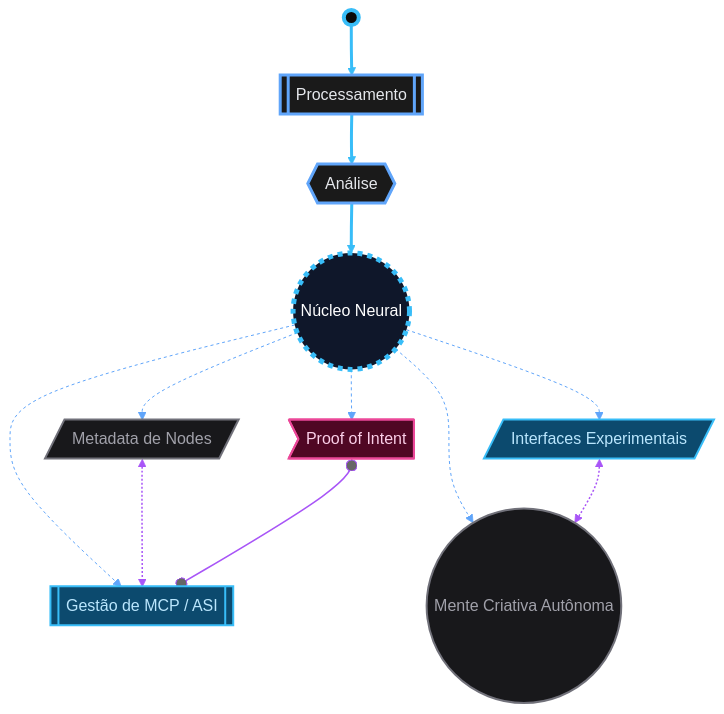
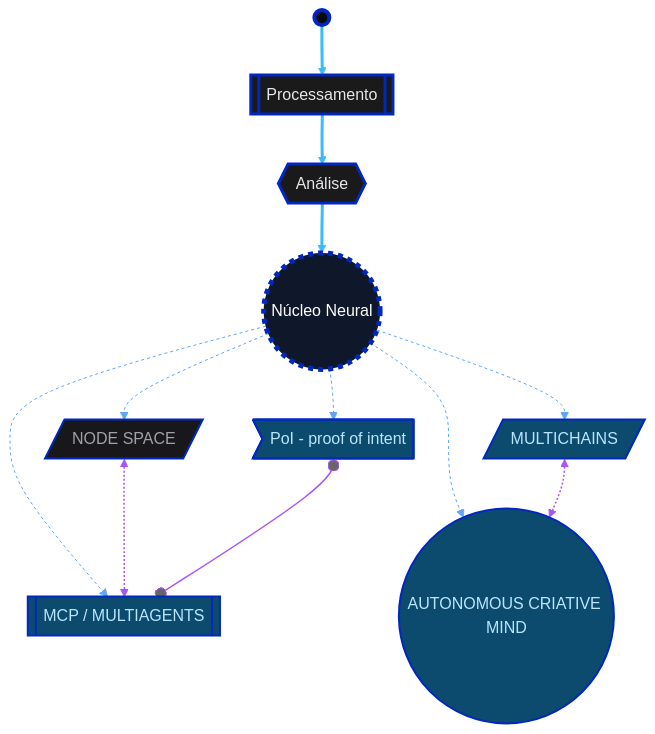
Before and after one commit to neomello/neomello: the diagram in README.md, drawn with Mermaid (neutral theme). The commit also changed other lines of this file, not shown here.

````diff
--- a/README.md
+++ b/README.md
@@ -39,38 +39,38 @@
 ```mermaid
 flowchart TB
     X(( )):::root
     M[[Processamento]]:::spine
     K{{Análise}}:::spine
     N((Núcleo Neural)):::core
 
-    N1[/Metadata de Nodes/]:::gray
-    N2[/Interfaces Experimentais/]:::blue
-    N3>Proof of Intent]:::pink
-    N4[[Gestão de MCP / ASI]]:::blue
-    N5((Mente Criativa Autônoma)):::gray
+    N1[/NODE SPACE/]:::gray
+    N2[/MULTICHAINS/]:::blue
+    N3>PoI - proof of intent]:::blue
+    N4[[ MCP / MULTIAGENTS]]:::blue
+    N5((AUTONOMOUS CRIATIVE MIND)):::blue
 
     X ==> M
     M ==> K
     K ==> N
 
     N -.-> N1
     N -.-> N2
     N -.-> N3
     N -.-> N4
     N -.-> N5
 
     N1 <-.-> N4
     N2 <-.-> N5
     N3 o--o N4
 
-    classDef root fill:#0a0a0a,stroke:#38bdf8,stroke-width:4px,color:#fff
-    classDef spine fill:#1a1a1a,stroke:#60a5fa,stroke-width:3px,color:#e5e7eb
-    classDef core fill:#0f172a,stroke:#38bdf8,stroke-width:5px,color:#fff,stroke-dasharray:5
-    classDef gray fill:#18181b,stroke:#71717a,stroke-width:2px,color:#a1a1aa
-    classDef blue fill:#0c4a6e,stroke:#38bdf8,stroke-width:2px,color:#bae6fd
-    classDef pink fill:#500724,stroke:#ec4899,stroke-width:2px,color:#fbcfe8
+    classDef root fill:#0a0a0a,stroke:#0028c1,stroke-width:4px,color:#fff
+    classDef spine fill:#1a1a1a,stroke:#0028c1,stroke-width:3px,color:#e5e7eb
+    classDef core fill:#0f172a,stroke:#0028c1,stroke-width:5px,color:#fff,stroke-dasharray:5
+    classDef gray fill:#18181b,stroke:#0028c1,stroke-width:2px,color:#a1a1aa
+    classDef blue fill:#0c4a6e,stroke:#0028c1,stroke-width:2px,color:#bae6fd
+    classDef pink fill:#0028c1,stroke:#0028c1,stroke-width:2px,color:#fbcfe8
 
     linkStyle 0,1,2 stroke:#38bdf8,stroke-width:3px
     linkStyle 3,4,5,6,7 stroke:#60a5fa,stroke-width:1px,stroke-dasharray:3
     linkStyle 8,9,10 stroke:#a855f7,stroke-width:1.5px
 ```
````
